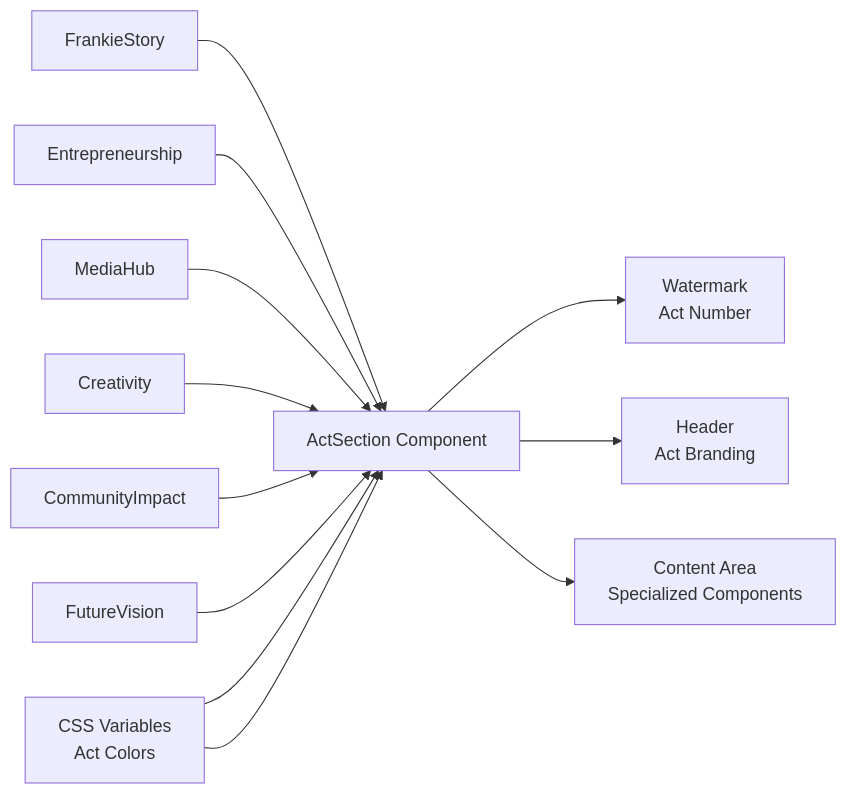
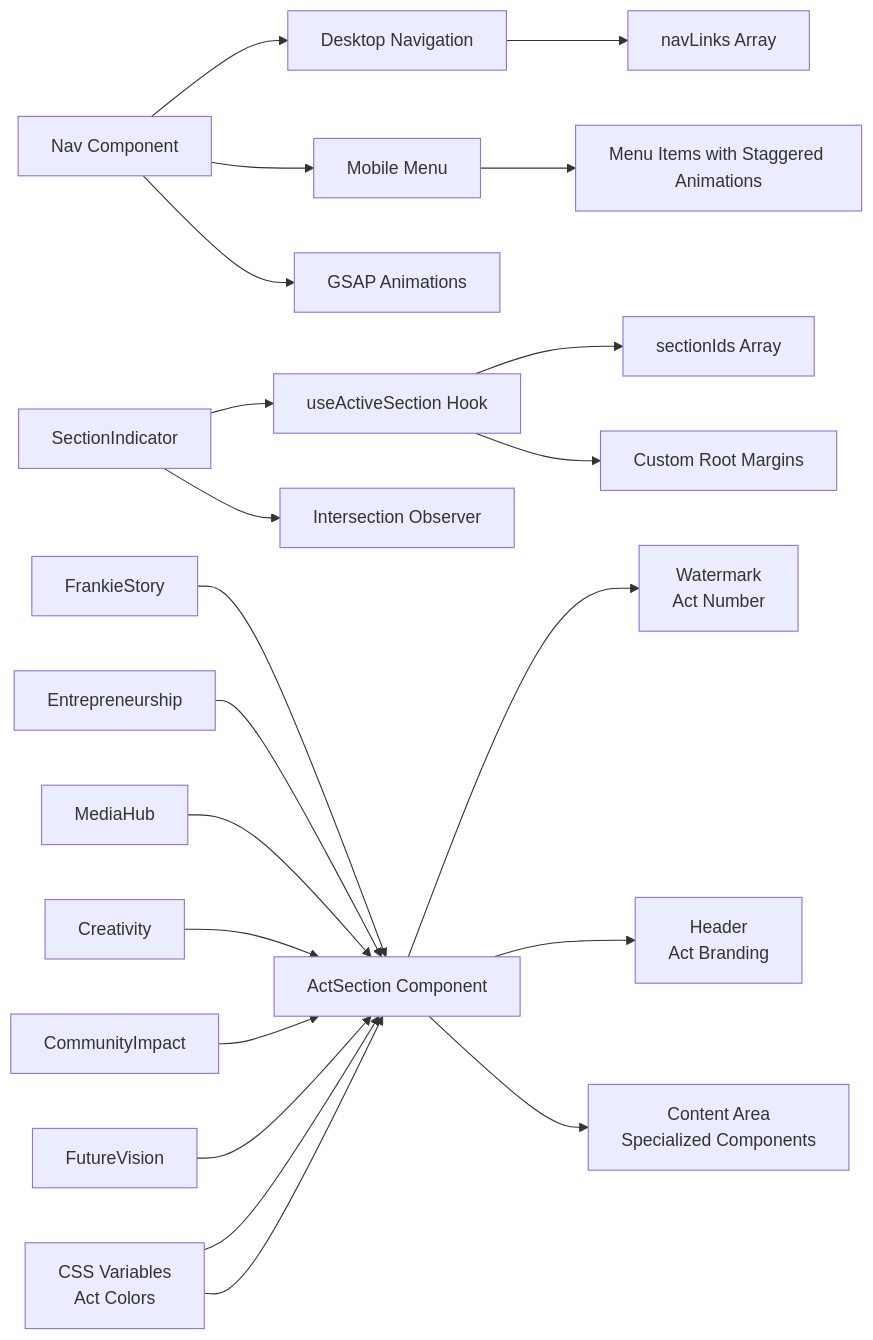
One commit to rakeshmaity271/frankie-picasso changed the fourth of 14 diagrams in .qoder/repowiki/en/content/Application Architecture.md. Above: the diagram before and after it, drawn with Mermaid. The commit also changed other lines of this file and 27 other files, not shown here.

````diff
--- a/.qoder/repowiki/en/content/Application Architecture.md
+++ b/.qoder/repowiki/en/content/Application Architecture.md
@@ -277,14 +404,23 @@
 ```mermaid
 graph LR
+Nav["Nav Component"] --> DesktopNav["Desktop Navigation"]
+Nav --> MobileMenu["Mobile Menu"]
+Nav --> GSAPAnimations["GSAP Animations"]
+SectionIndicator["SectionIndicator"] --> ActiveSectionHook["useActiveSection Hook"]
+SectionIndicator --> IntersectionObserver["Intersection Observer"]
+DesktopNav --> NavLinks["navLinks Array"]
+MobileMenu --> MenuItems["Menu Items with Staggered Animations"]
+ActiveSectionHook --> SectionIds["sectionIds Array"]
+ActiveSectionHook --> RootMargins["Custom Root Margins"]
 ActSection["ActSection Component"] --> Watermark["Watermark<br/>Act Number"]
 ActSection --> Header["Header<br/>Act Branding"]
 ActSection --> ContentArea["Content Area<br/>Specialized Components"]
 FrankieStory["FrankieStory"] --> ActSection
 Entrepreneurship["Entrepreneurship"] --> ActSection
 MediaHub["MediaHub"] --> ActSection
 Creativity["Creativity"] --> ActSection
 CommunityImpact["CommunityImpact"] --> ActSection
 FutureVision["FutureVision"] --> ActSection
 Themes["CSS Variables<br/>Act Colors"] --> ActSection
 Themes --> ActSection
 ```
````
